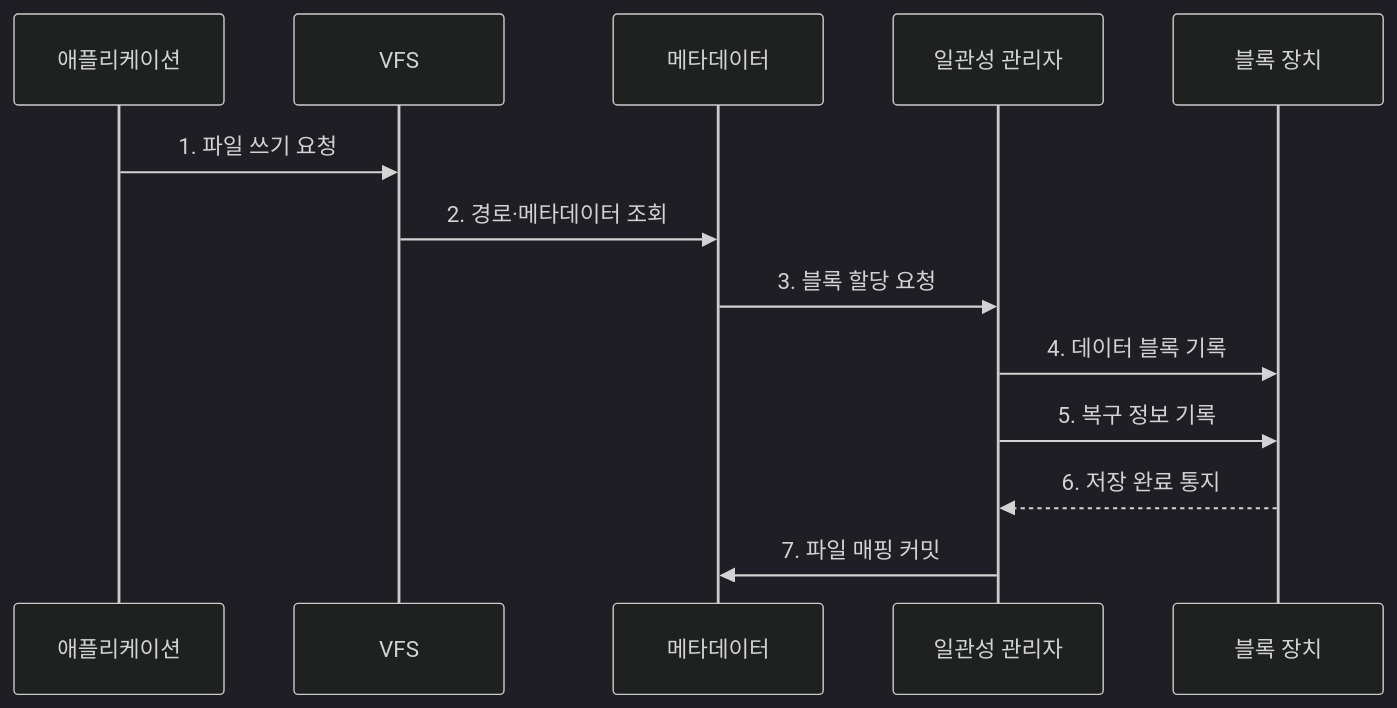
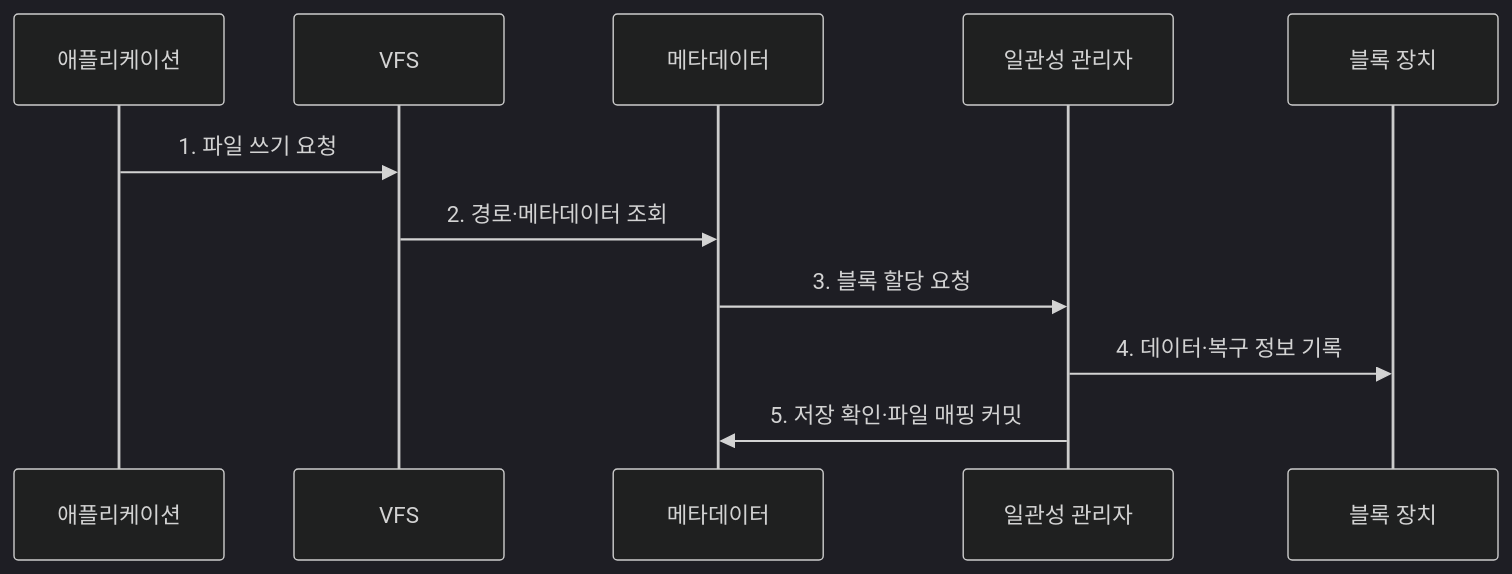
The second of 2 diagrams in src/content/docs/notes/03-software/020_file_system.md (agnusdei1207/knowledge-base), drawn with Mermaid (dark theme) before and after one commit. The commit also changed other lines of this file and 238 other files, not shown here.

````diff
--- a/src/content/docs/notes/03-software/020_file_system.md
+++ b/src/content/docs/notes/03-software/020_file_system.md
@@ -94,15 +94,13 @@
 ```mermaid
 sequenceDiagram
     participant A as 애플리케이션
     participant V as VFS
     participant M as 메타데이터
     participant C as 일관성 관리자
     participant D as 블록 장치
     A->>V: 1. 파일 쓰기 요청
     V->>M: 2. 경로·메타데이터 조회
     M->>C: 3. 블록 할당 요청
-    C->>D: 4. 데이터 블록 기록
-    C->>D: 5. 복구 정보 기록
-    D-->>C: 6. 저장 완료 통지
-    C->>M: 7. 파일 매핑 커밋
+    C->>D: 4. 데이터·복구 정보 기록
+    C->>M: 5. 저장 확인·파일 매핑 커밋
 ```
````
